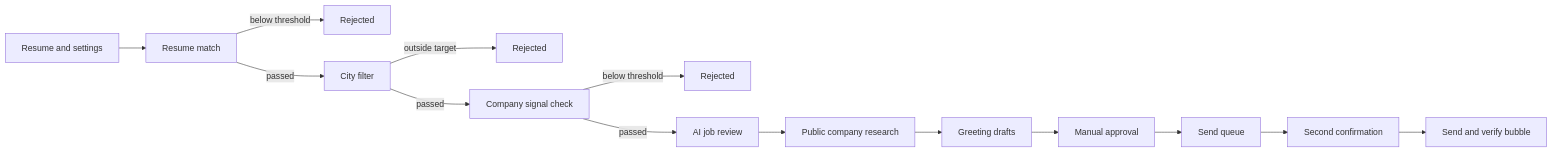
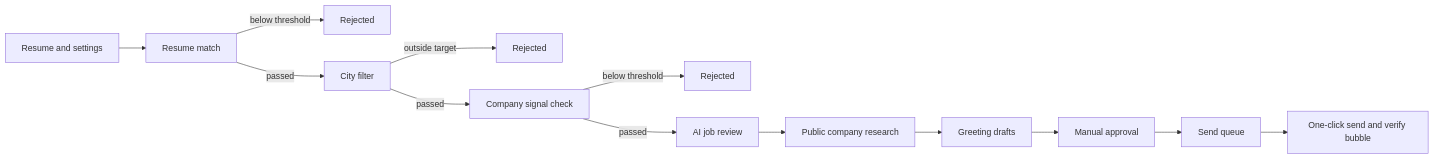
The diagram in docs/architecture.md (TAN123TYL/boss-job-assistant), drawn with Mermaid before and after one commit. The commit also changed other lines of this file and 11 other files, not shown here.

Commit message:
feat: send approved queue with one click

````diff
--- a/docs/architecture.md
+++ b/docs/architecture.md
@@ -46,16 +46,15 @@
 ```mermaid
 flowchart LR
   A[Resume and settings] --> B[Resume match]
   B -->|below threshold| R1[Rejected]
   B -->|passed| C[City filter]
   C -->|outside target| R2[Rejected]
   C -->|passed| D[Company signal check]
   D -->|below threshold| R3[Rejected]
   D -->|passed| D2[AI job review]
   D2 --> E[Public company research]
   E --> F[Greeting drafts]
   F --> G[Manual approval]
   G --> H[Send queue]
-  H --> I[Second confirmation]
-  I --> J[Send and verify bubble]
+  H --> I[One-click send and verify bubble]
 ```
````
